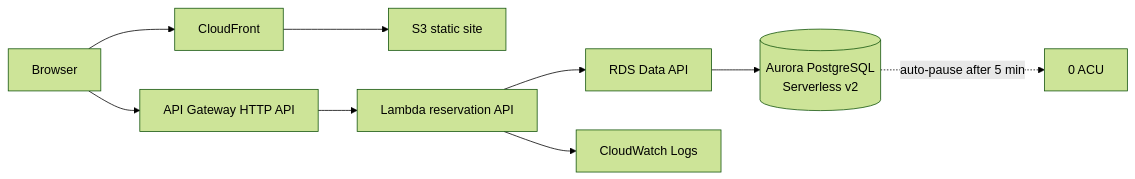
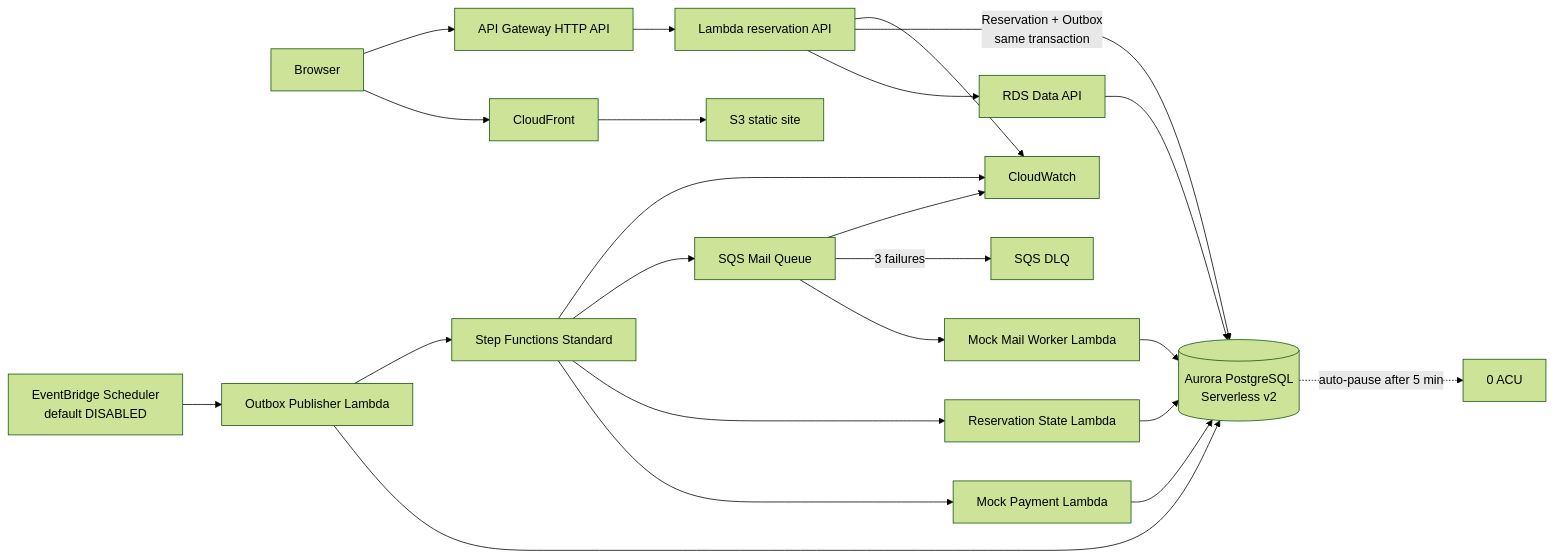
One commit to beetrand/sap changed the diagram in ticketing-lab/README.md. Above: the diagram before and after it, drawn with Mermaid (forest theme). The commit also changed other lines of this file and 19 other files, not shown here.

````diff
--- a/ticketing-lab/README.md
+++ b/ticketing-lab/README.md
@@ -9,11 +9,25 @@
 ```mermaid
 flowchart LR
     U[Browser] --> CF[CloudFront]
     CF --> S3[S3 static site]
     U --> APIGW[API Gateway HTTP API]
-    APIGW --> L[Lambda reservation API]
-    L --> DATA[RDS Data API]
+    APIGW --> API[Lambda reservation API]
+    API --> DATA[RDS Data API]
     DATA --> A[(Aurora PostgreSQL<br/>Serverless v2)]
-    L --> CW[CloudWatch Logs]
+    API -->|Reservation + Outbox<br/>same transaction| A
+    SCH[EventBridge Scheduler<br/>default DISABLED] --> PUB[Outbox Publisher Lambda]
+    PUB --> A
+    PUB --> SF[Step Functions Standard]
+    SF --> PAY[Mock Payment Lambda]
+    SF --> RS[Reservation State Lambda]
+    PAY --> A
+    RS --> A
+    SF --> Q[SQS Mail Queue]
+    Q --> MW[Mock Mail Worker Lambda]
+    Q -->|3 failures| DLQ[SQS DLQ]
+    MW --> A
+    API --> CW[CloudWatch]
+    SF --> CW
+    Q --> CW
     A -. auto-pause after 5 min .-> Z[0 ACU]
 ```
````
